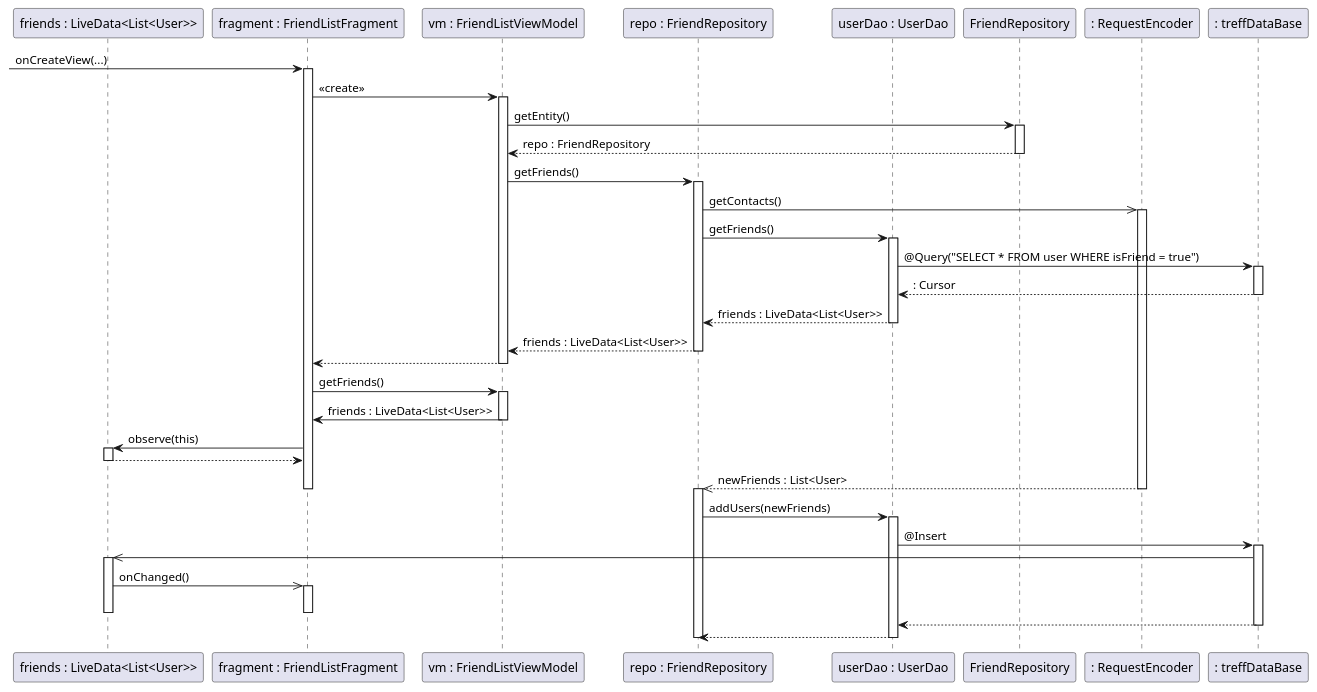
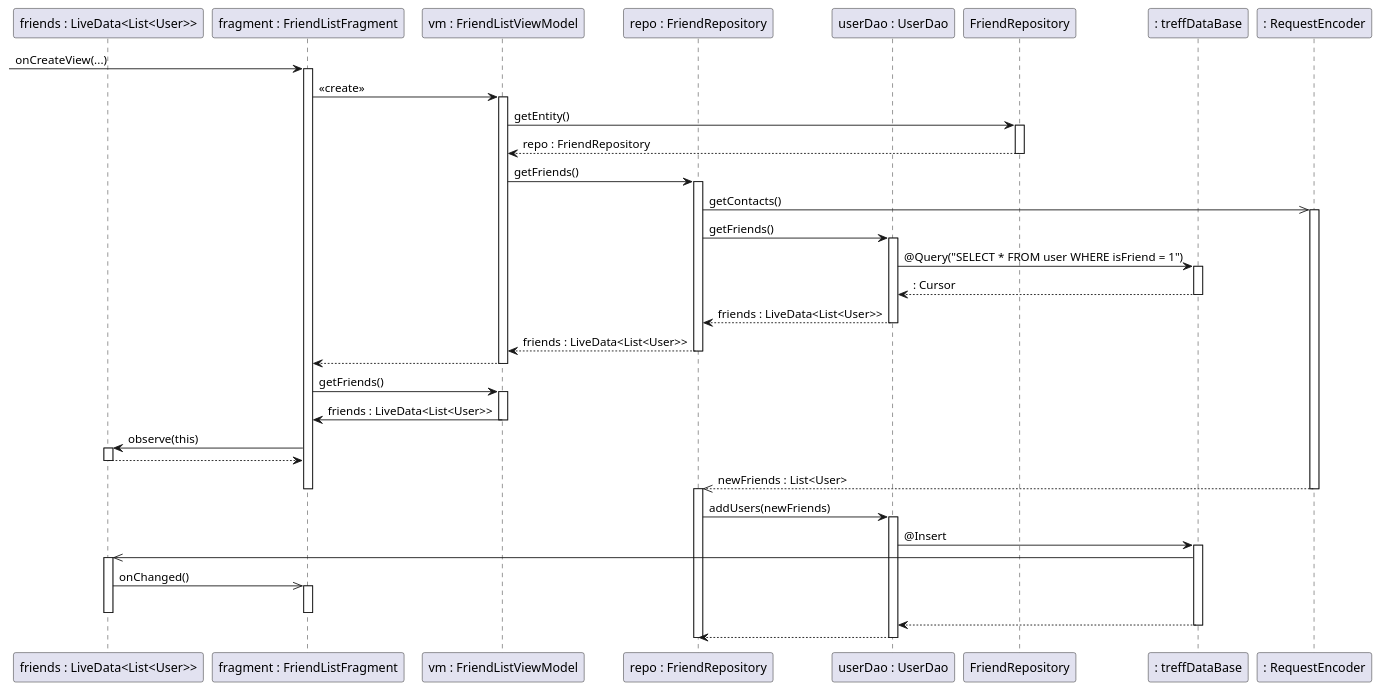
Before and after one commit to V0G3L/treff.: the diagram in client/app/src/main/java/org/pispeb/treff_client/datafetch.puml, drawn with PlantUML. The commit also changed 8 other files, not shown here.

```diff
--- a/client/app/src/main/java/org/pispeb/treff_client/datafetch.puml
+++ b/client/app/src/main/java/org/pispeb/treff_client/datafetch.puml
@@ -1,65 +1,65 @@
 @startuml
 participant "friends : LiveData<List<User>>" as LD
 participant "fragment : FriendListFragment" as FLF
 participant "vm : FriendListViewModel" as VM
 participant "repo : FriendRepository" as REP
 participant "userDao : UserDao" as DAO
 participant "FriendRepository" as FR
+participant ": treffDataBase" as DB
 participant ": RequestEncoder" as ENC
-participant ": treffDataBase" as DB
 
 -> FLF: onCreateView(...)
 activate FLF
 FLF -> VM: <<create>>
 activate VM
 VM -> FR: getEntity()
 activate FR
 FR --> VM: repo : FriendRepository
 deactivate FR
 VM -> REP: getFriends()
 activate REP
 REP ->> ENC: getContacts()
 activate ENC
 REP -> DAO: getFriends()
 activate DAO
-DAO -> DB: @Query("SELECT * FROM user WHERE isFriend = true")
+DAO -> DB: @Query("SELECT * FROM user WHERE isFriend = 1")
 activate DB
 DB --> DAO: : Cursor
 deactivate DB
 DAO --> REP: friends : LiveData<List<User>>
 deactivate DAO
 REP --> VM: friends : LiveData<List<User>>
 deactivate REP
 VM --> FLF
 deactivate VM
 
 FLF -> VM: getFriends()
 activate VM
 VM -> FLF: friends : LiveData<List<User>>
 deactivate VM
 FLF -> LD: observe(this)
 activate LD
 LD --> FLF
 deactivate LD
 
 ENC -->> REP: newFriends : List<User>
 deactivate FLF
 deactivate ENC
 activate REP
 REP -> DAO:addUsers(newFriends)
 activate DAO
 DAO -> DB: @Insert
 activate DB
 DB ->> LD
 activate LD
 LD ->> FLF: onChanged()
 activate FLF
 deactivate LD
 deactivate FLF
 DB --> DAO
 deactivate DB
 DAO --> REP
 deactivate DAO
 deactivate REP
 
 @enduml
```
